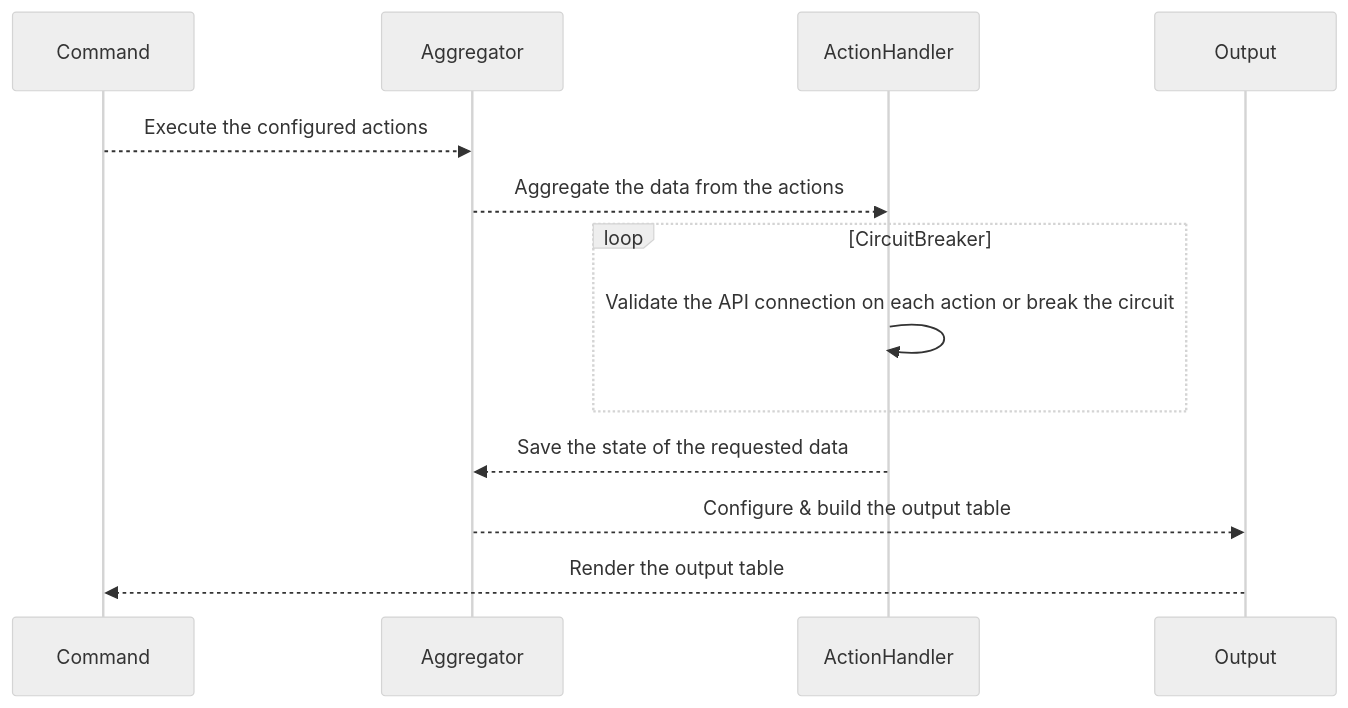
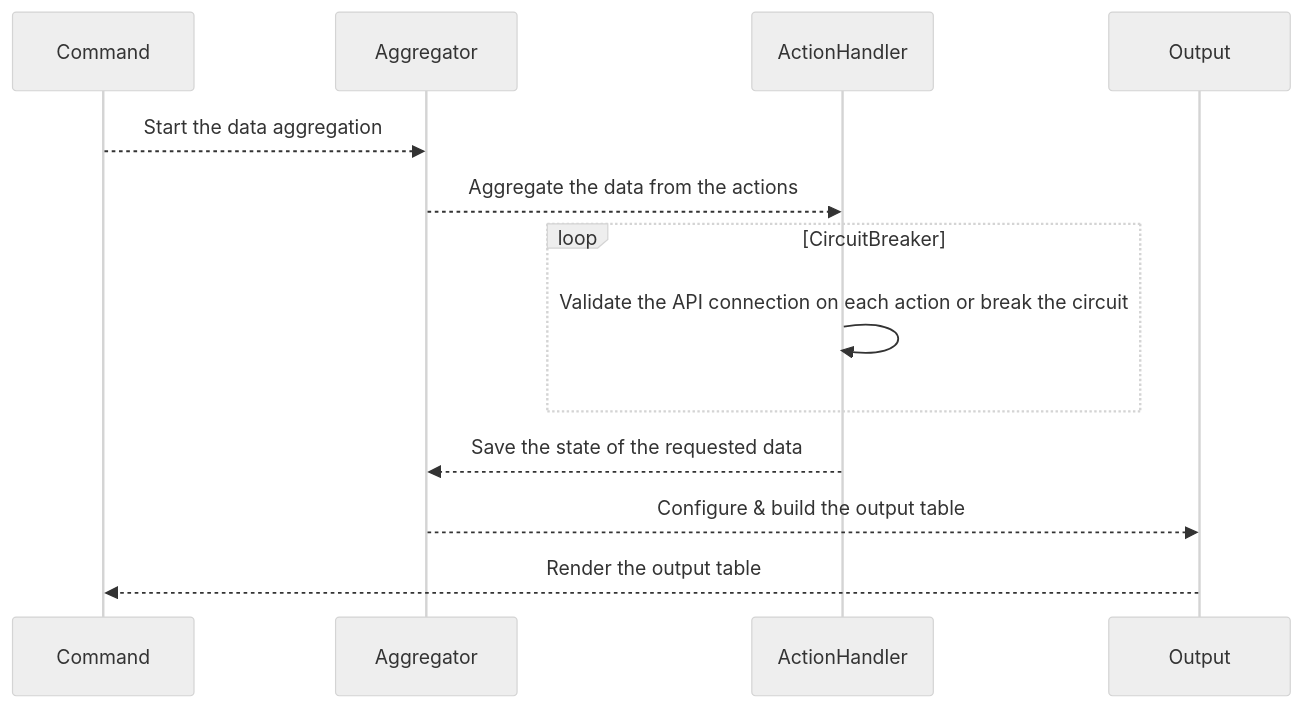
The diagram in readme.md (rickintveld/my_fx_book), drawn with Mermaid (neutral theme) before and after one commit.

````diff
--- a/readme.md
+++ b/readme.md
@@ -79,11 +79,11 @@
 ```mermaid
 sequenceDiagram
-Command-->>Aggregator: Execute the configured actions
+Command-->>Aggregator: Start the data aggregation
 Aggregator-->>ActionHandler: Aggregate the data from the actions
 loop CircuitBreaker
     ActionHandler->>ActionHandler: Validate the API connection on each action or break the circuit
 end
 ActionHandler-->>Aggregator: Save the state of the requested data
 Aggregator-->>Output: Configure & build the output table
 Output-->>Command: Render the output table
 ```
````
